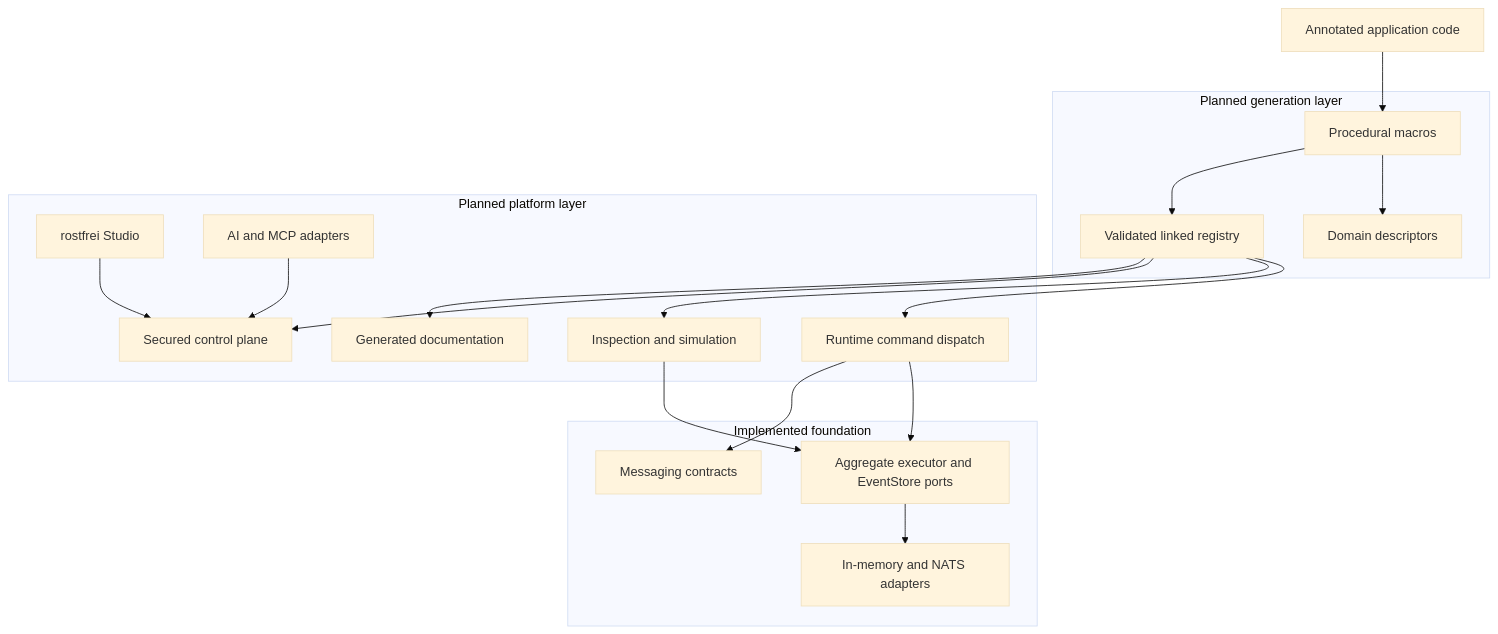
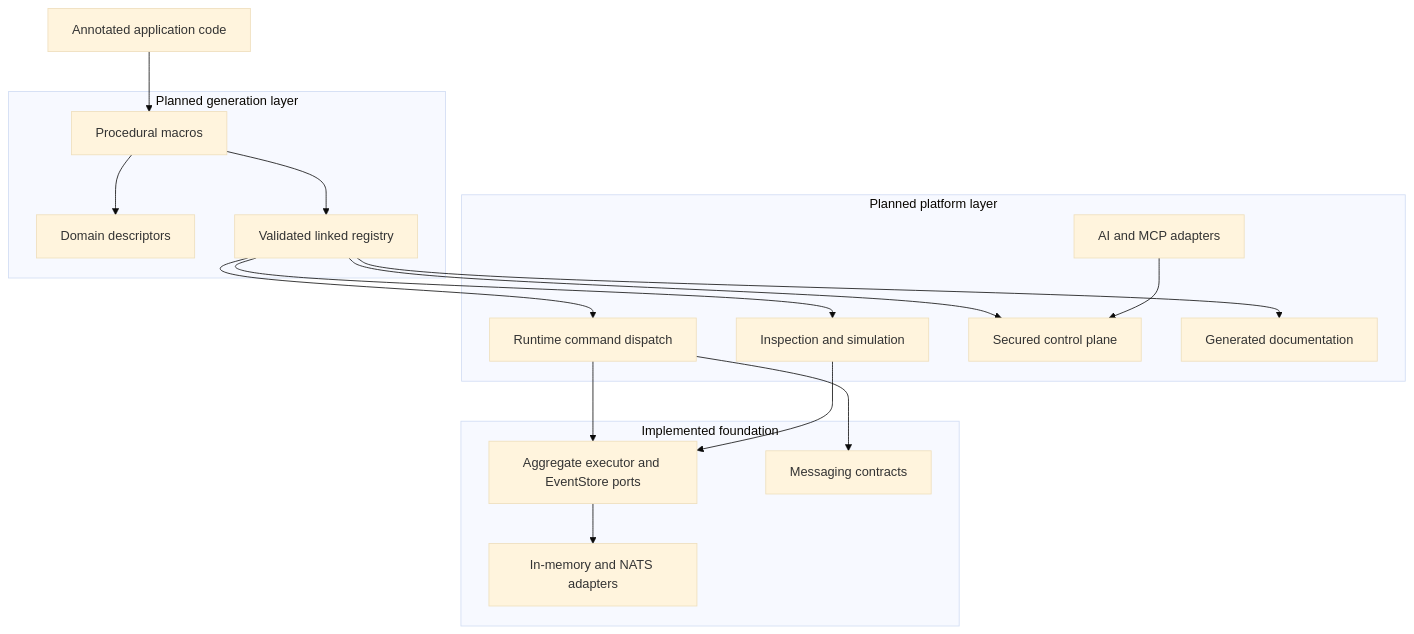
Before and after one commit to elbLabs/rostfrei: the sixth of 8 diagrams in docs/cofounder-project-summary.md, drawn with Mermaid (base theme). The commit also changed other lines of this file and 131 other files, not shown here.

````diff
--- a/docs/cofounder-project-summary.md
+++ b/docs/cofounder-project-summary.md
@@ -305,39 +303,37 @@
 ```mermaid
 flowchart TB
     Source[Annotated application code]
 
     subgraph Generation[Planned generation layer]
         Macros[Procedural macros]
         Descriptors[Domain descriptors]
         Registry[Validated linked registry]
     end
 
     subgraph Foundation[Implemented foundation]
         Kernel[Aggregate executor and EventStore ports]
         Messaging[Messaging contracts]
         Infrastructure[In-memory and NATS adapters]
     end
 
     subgraph Platform[Planned platform layer]
         Runtime[Runtime command dispatch]
         Simulation[Inspection and simulation]
         ControlPlane[Secured control plane]
-        Studio[rostfrei Studio]
         AI[AI and MCP adapters]
         Documentation[Generated documentation]
     end
 
     Source --> Macros
     Macros --> Descriptors
     Macros --> Registry
     Registry --> Runtime
     Registry --> Simulation
     Registry --> ControlPlane
     Registry --> Documentation
     Runtime --> Kernel
     Simulation --> Kernel
     Kernel --> Infrastructure
     Runtime --> Messaging
-    Studio --> ControlPlane
     AI --> ControlPlane
 ```
````
